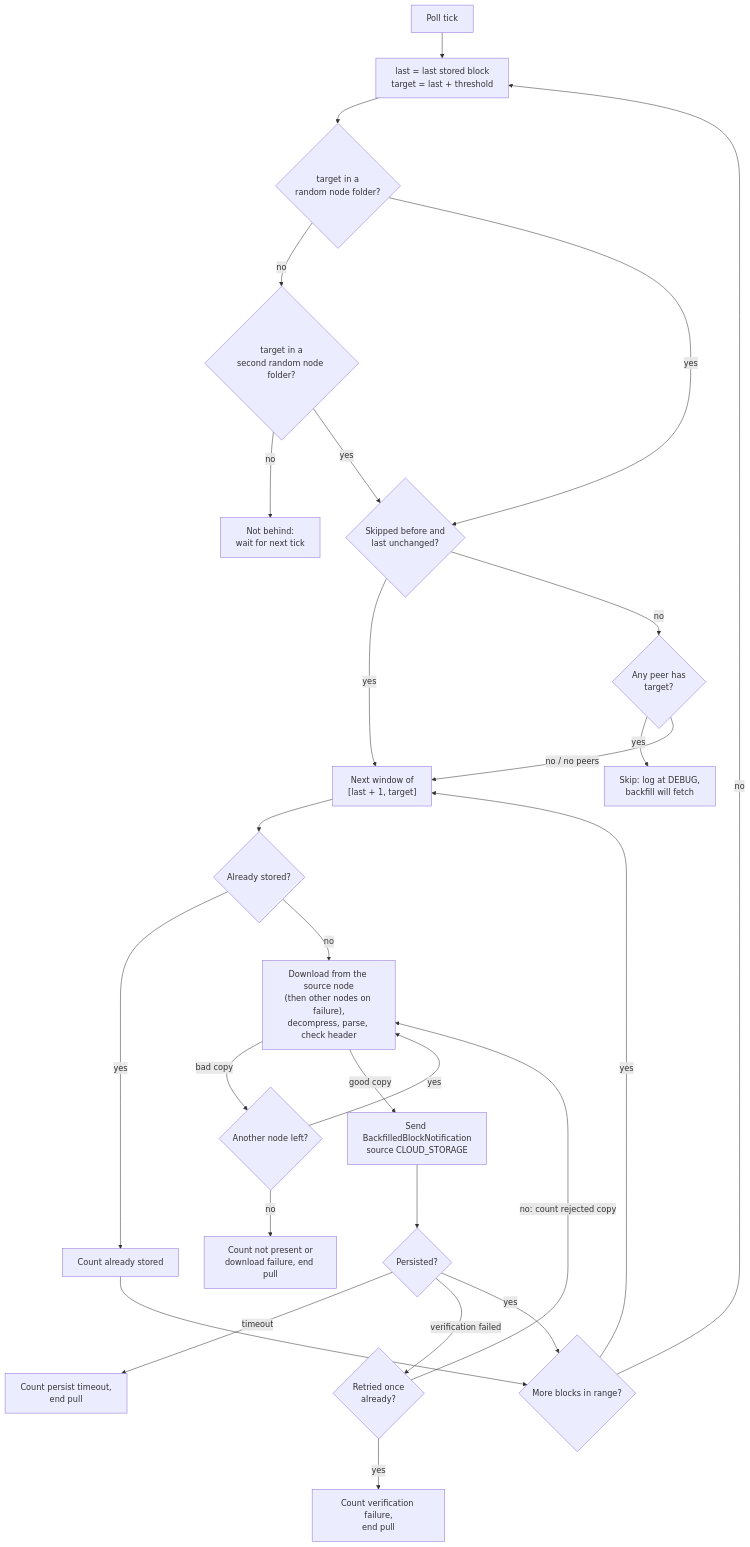
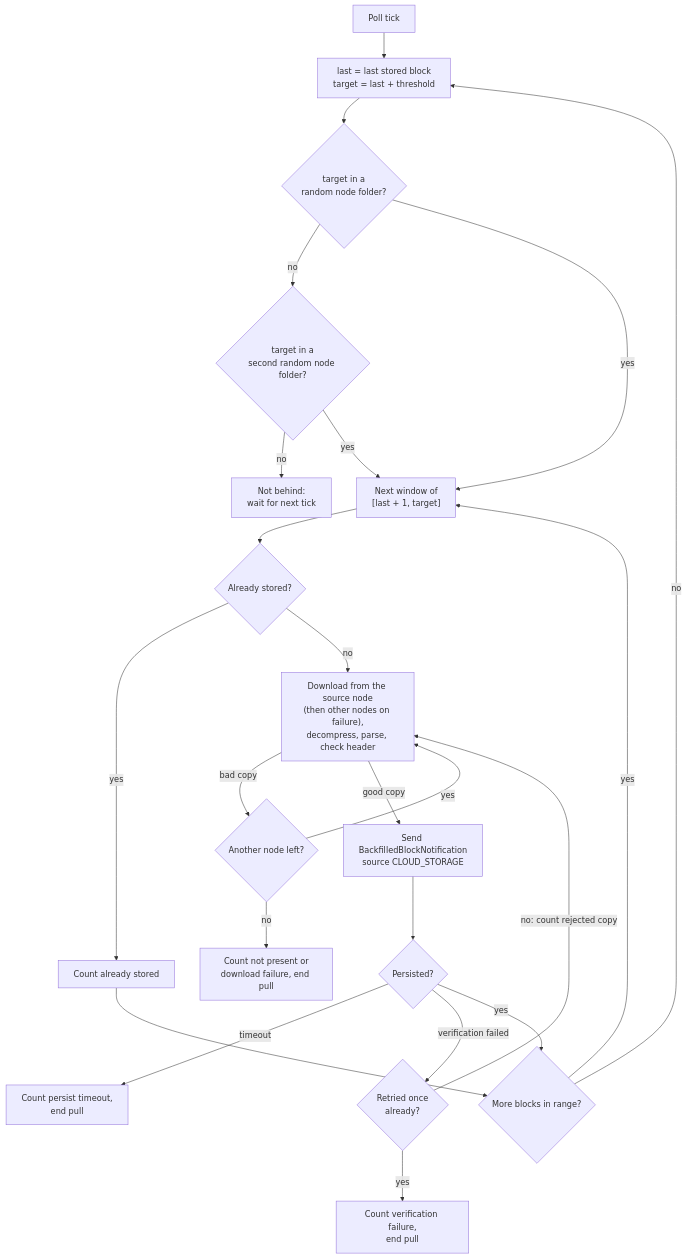
Before and after one commit to hiero-ledger/hiero-block-node: the first of 2 diagrams in docs/design/persistence/cloud-storage-download.md, drawn with Mermaid. The commit also changed other lines of this file, not shown here.

Commit message:
Drop peer check, idle on unbuildable client

````diff
--- a/docs/design/persistence/cloud-storage-download.md
+++ b/docs/design/persistence/cloud-storage-download.md
@@ -369,28 +340,24 @@
 ```mermaid
 flowchart TD
     A[Poll tick] --> B["last = last stored block<br/>target = last + threshold"]
     B --> C{"target in a<br/>random node folder?"}
     C -- no --> C2{"target in a<br/>second random node folder?"}
     C2 -- no --> Z["Not behind:<br/>wait for next tick"]
-    C -- yes --> D0{"Skipped before and<br/>last unchanged?"}
-    C2 -- yes --> D0
-    D0 -- yes --> E
-    D0 -- no --> D{"Any peer has<br/>target?"}
-    D -- yes --> P["Skip: log at DEBUG,<br/>backfill will fetch"]
-    D -- "no / no peers" --> E["Next window of<br/>[last + 1, target]"]
+    C -- yes --> E["Next window of<br/>[last + 1, target]"]
+    C2 -- yes --> E
     E --> F{Already stored?}
     F -- yes --> F2[Count already stored] --> H
     F -- no --> G["Download from the source node<br/>(then other nodes on failure),<br/>decompress, parse, check header"]
     G -- bad copy --> G2{Another node left?}
     G2 -- yes --> G
     G2 -- no --> X["Count not present or<br/>download failure, end pull"]
     G -- good copy --> S["Send BackfilledBlockNotification<br/>source CLOUD_STORAGE"]
     S --> W{"Persisted?"}
     W -- timeout --> T["Count persist timeout,<br/>end pull"]
     W -- "verification failed" --> R{"Retried once<br/>already?"}
     R -- "no: count rejected copy" --> G
     R -- yes --> V["Count verification failure,<br/>end pull"]
     W -- yes --> H{More blocks in range?}
     H -- yes --> E
     H -- no --> B
 ```
````
